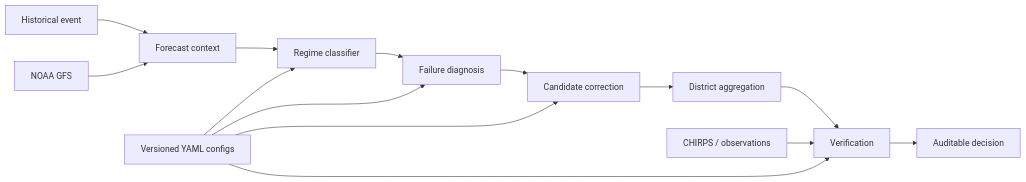
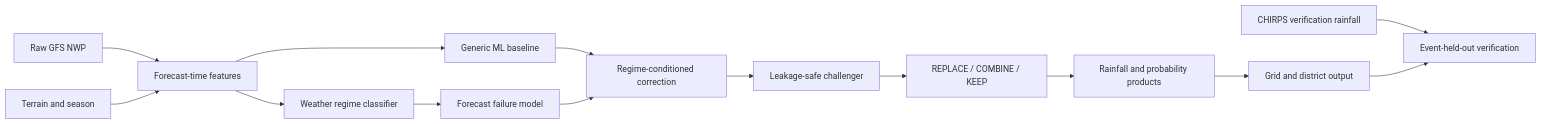
Before and after one commit to Siddhesh-00/Spectra: the diagram in README.md, drawn with Mermaid. The commit also changed other lines of this file and 2 other files, not shown here.

```diff
--- a/README.md
+++ b/README.md
@@ -86,17 +75,16 @@
 ~~~mermaid
 flowchart LR
-    A[Historical event] --> B[Forecast context]
-    B --> C[Regime classifier]
-    C --> D[Failure diagnosis]
-    D --> E[Candidate correction]
-    E --> F[District aggregation]
-    F --> G[Verification]
-    G --> H[Auditable decision]
-
-    N[NOAA GFS] --> B
-    O[CHIRPS / observations] --> G
-    CFG[Versioned YAML configs] --> C
-    CFG --> D
-    CFG --> E
-    CFG --> G
+    A[Raw GFS NWP] --> B[Forecast-time features]
+    T[Terrain and season] --> B
+    B --> C[Weather regime classifier]
+    B --> D[Generic ML baseline]
+    C --> E[Forecast failure model]
+    D --> F[Regime-conditioned correction]
+    E --> F
+    F --> G[Leakage-safe challenger]
+    G --> H[REPLACE / COMBINE / KEEP]
+    H --> I[Rainfall and probability products]
+    I --> J[Grid and district output]
+    O[CHIRPS verification rainfall] --> K[Event-held-out verification]
+    J --> K
 ~~~
```
